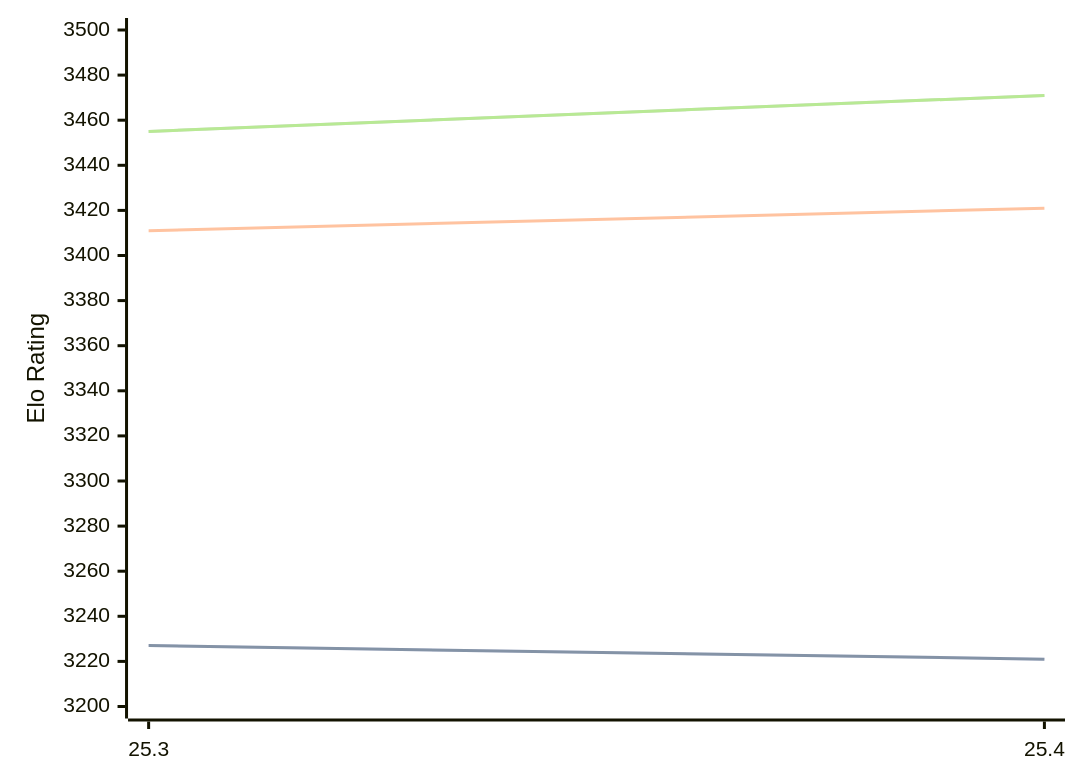
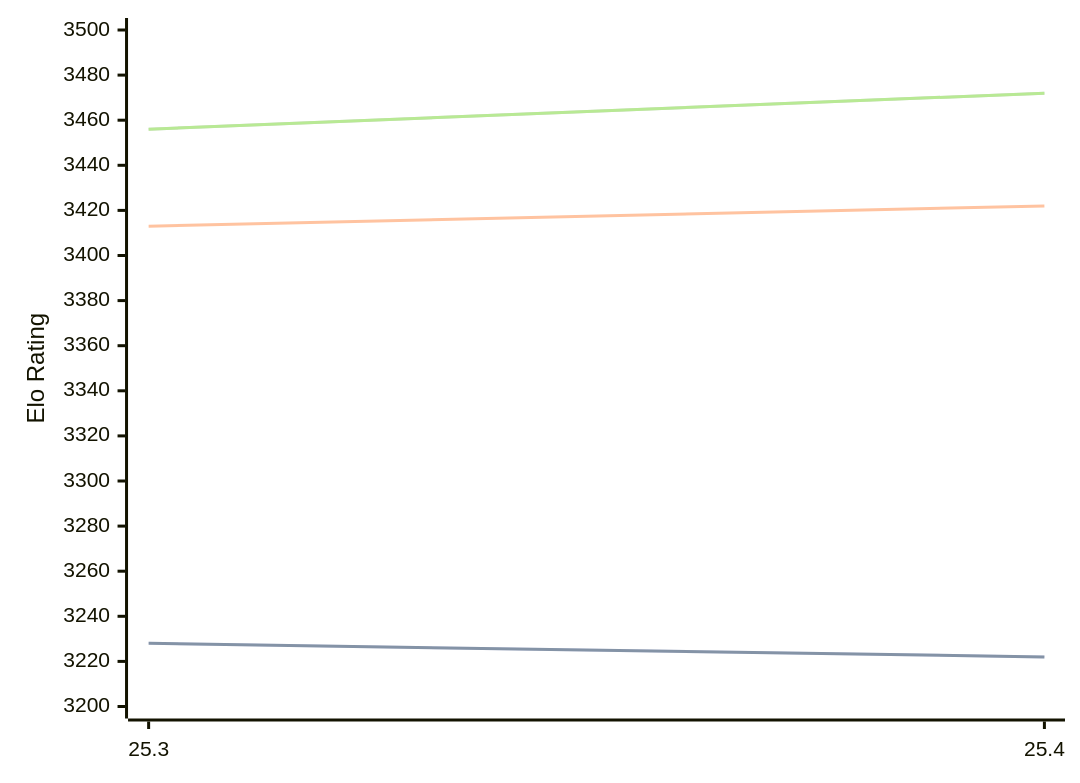
Before and after one commit to computer-chess-index/cci: the diagram in engines/Arasan.md, drawn with Mermaid. The commit also changed other lines of this file, not shown here.

Commit message:
Update CCI Ratings (ELO VLTC) - 2026-06-11

````diff
--- a/engines/Arasan.md
+++ b/engines/Arasan.md
@@ -33,11 +33,11 @@
 ```mermaid
 %%{init: {"theme":"base","themeVariables":{"seriesColors:['#a3a3a3','#222221','#faa371']}}}%%
 xychart-beta
   x-axis ["25.3", "25.4"]
   y-axis "Elo Rating" 3200 --> 3500
-  line "STC (8.0+0.08s)" [3227, 3221]
-  line "STC (8.0+0.08s)" [3227, 3221]
-  line "LTC (60.0+0.60s)" [3411, 3421]
-  line "VLTC (2m24s+1.12s)" [3455, 3471]
-  line "VLTC (2m24s+1.12s)" [3455, 3471]
+  line "STC (8.0+0.08s)" [3228, 3222]
+  line "STC (8.0+0.08s)" [3228, 3222]
+  line "LTC (60.0+0.60s)" [3413, 3422]
+  line "VLTC (2m24s+1.12s)" [3456, 3472]
+  line "VLTC (2m24s+1.12s)" [3456, 3472]
 ```
````
